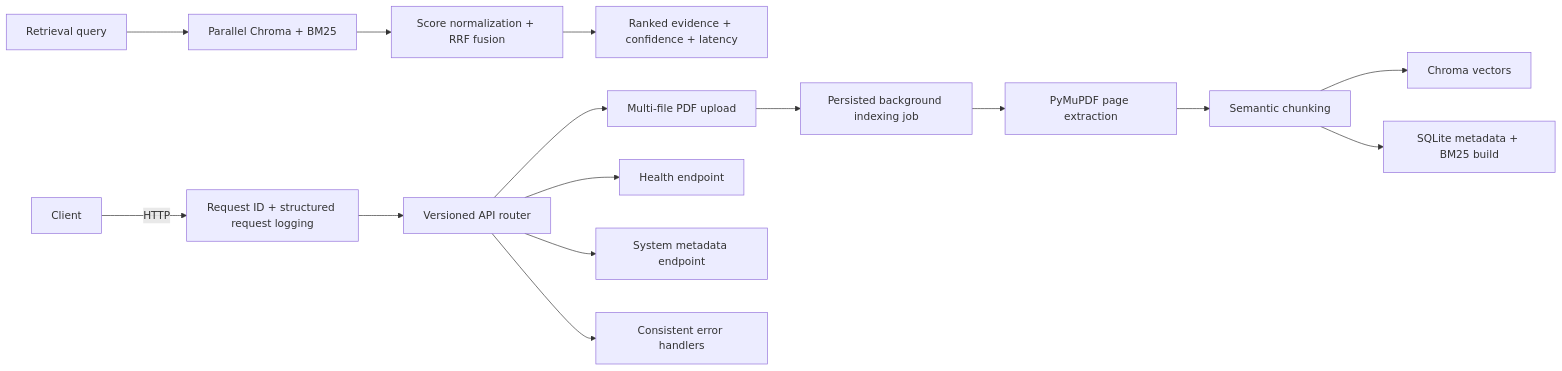
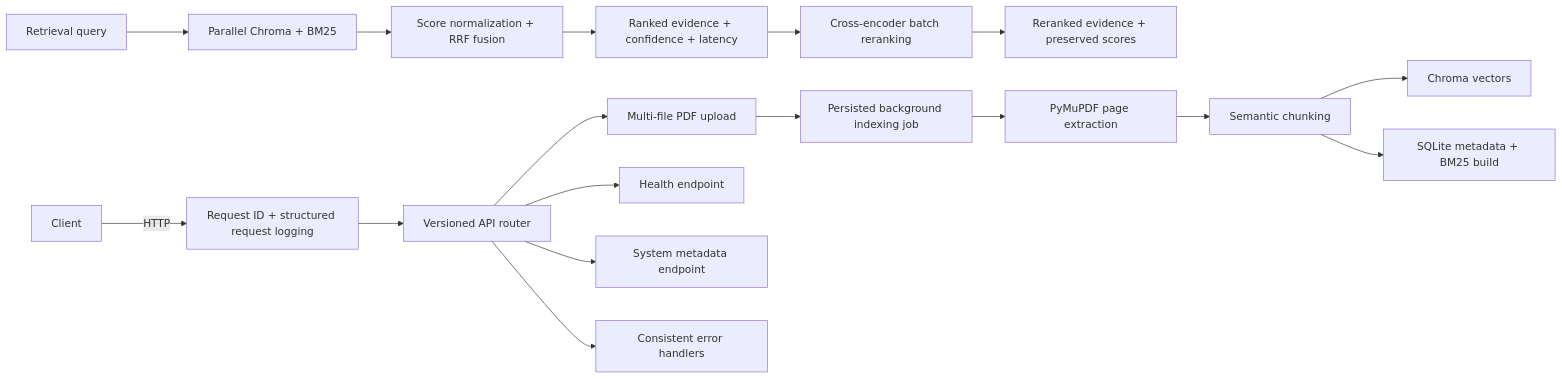
Before and after one commit to Sakshiii963/adaptive-rag-system: the diagram in docs/architecture.md, drawn with Mermaid. The commit also changed other lines of this file and 14 other files, not shown here.

Commit message:
feat: implement cross-encoder reranking

````diff
--- a/docs/architecture.md
+++ b/docs/architecture.md
@@ -9,17 +9,19 @@
 ```mermaid
 flowchart LR
     Client -->|HTTP| Middleware[Request ID + structured request logging]
     Middleware --> Router[Versioned API router]
     Router --> Upload[Multi-file PDF upload]
     Upload --> Job[Persisted background indexing job]
     Job --> Parser[PyMuPDF page extraction]
     Parser --> Chunking[Semantic chunking]
     Chunking --> Chroma[Chroma vectors]
     Chunking --> SQLite[SQLite metadata + BM25 build]
     Search[Retrieval query] --> Parallel[Parallel Chroma + BM25]
     Parallel --> RRF[Score normalization + RRF fusion]
     RRF --> Evidence[Ranked evidence + confidence + latency]
+    Evidence --> Rerank[Cross-encoder batch reranking]
+    Rerank --> FinalEvidence[Reranked evidence + preserved scores]
     Router --> Health[Health endpoint]
     Router --> System[System metadata endpoint]
     Router --> Errors[Consistent error handlers]
 ```
````
